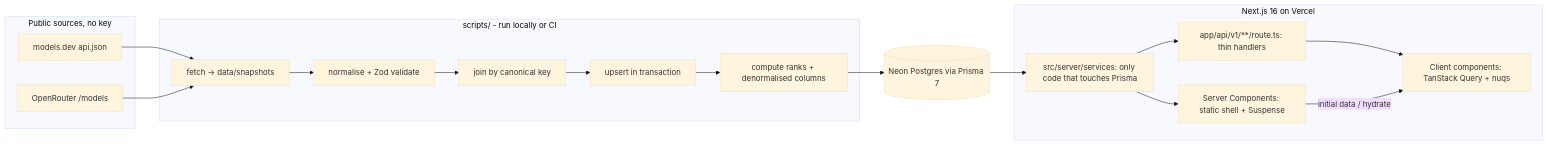
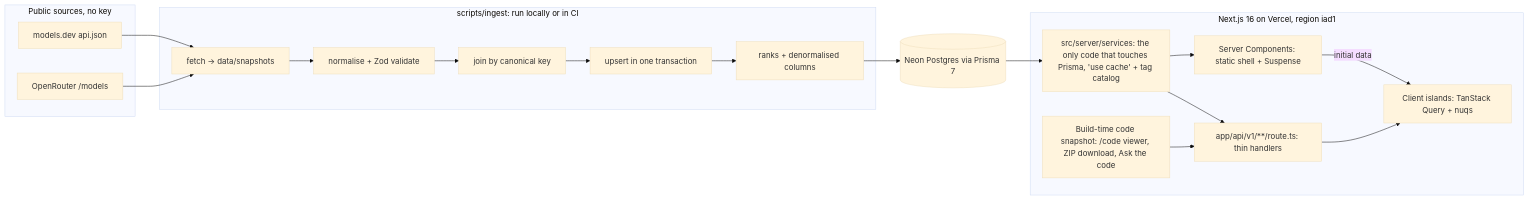
The diagram in docs/03-architecture.md (Srinidhi2504/oneatlas), drawn with Mermaid (base theme) before and after one commit. The commit also changed other lines of this file and 108 other files, not shown here.

First line of the commit message:
Prepare for production: Vercel config, code ZIP download, docs and code comments

````diff
--- a/docs/03-architecture.md
+++ b/docs/03-architecture.md
@@ -5,24 +7,26 @@
 ```mermaid
 flowchart LR
   subgraph Sources[Public sources, no key]
     MD[models.dev api.json]
     OR[OpenRouter /models]
   end
-  subgraph Ingest[scripts/ - run locally or CI]
-    F[fetch -> data/snapshots] --> N[normalise + Zod validate] --> J[join by canonical key] --> U[upsert in transaction] --> R[compute ranks + denormalised columns]
+  subgraph Ingest[scripts/ingest: run locally or in CI]
+    F[fetch -> data/snapshots] --> N[normalise + Zod validate] --> J[join by canonical key] --> U[upsert in one transaction] --> R[ranks + denormalised columns]
   end
   MD --> F
   OR --> F
   R --> DB[(Neon Postgres via Prisma 7)]
-  subgraph App[Next.js 16 on Vercel]
-    SVC[src/server/services: only code that touches Prisma]
+  subgraph App[Next.js 16 on Vercel, region iad1]
+    SVC[src/server/services: the only code that touches Prisma, 'use cache' + tag catalog]
     API[app/api/v1/**/route.ts: thin handlers]
     RSC[Server Components: static shell + Suspense]
-    CL[Client components: TanStack Query + nuqs]
+    CL[Client islands: TanStack Query + nuqs]
+    IDX[Build-time code snapshot: /code viewer, ZIP download, Ask the code]
   end
   DB --> SVC
   SVC --> API
   SVC --> RSC
   API --> CL
-  RSC -- initial data / hydrate --> CL
+  RSC -- initial data --> CL
+  IDX --> API
 ```
````
